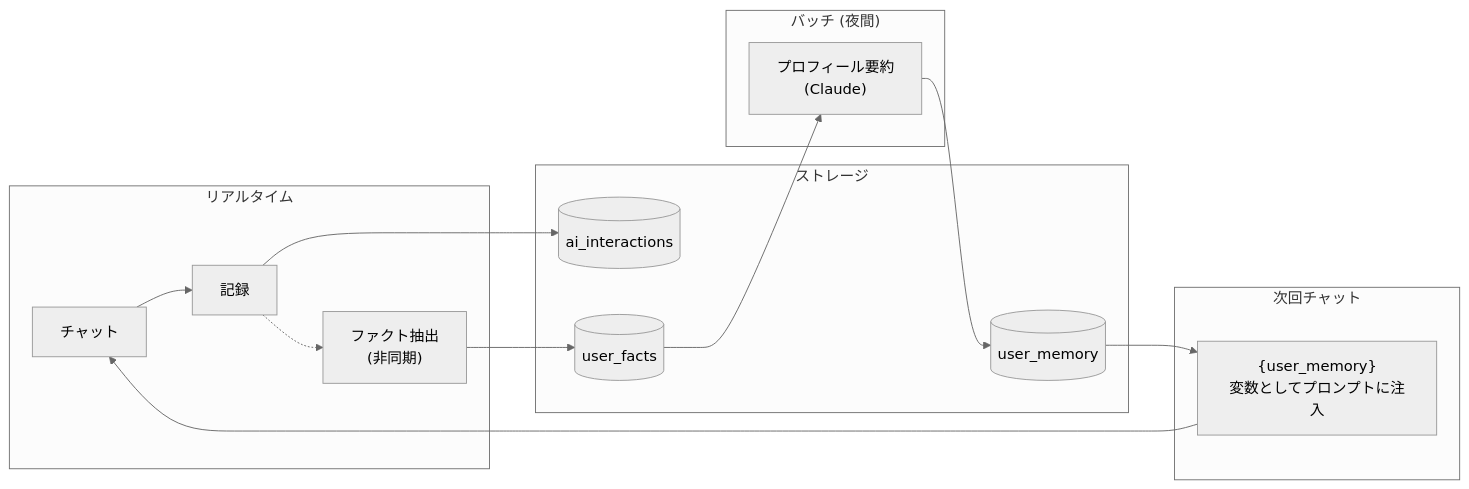
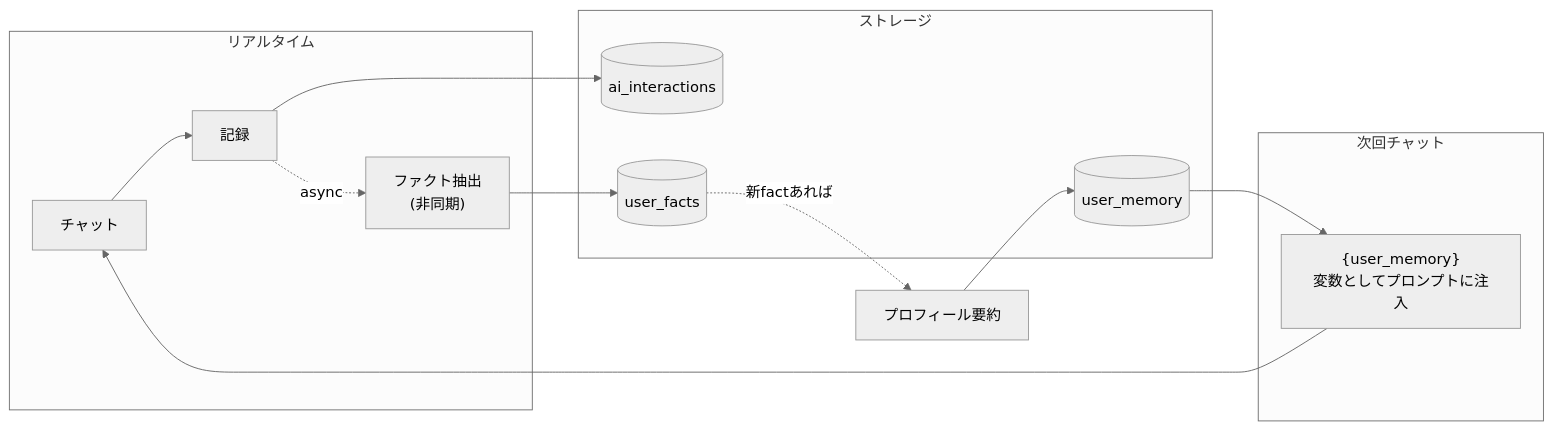
One commit to yu-min3/kensan changed diagram 15 of 16 in ARCHITECTURE.md. Above: the diagram before and after it, drawn with Mermaid (neutral theme). The commit also changed other lines of this file and 117 other files, not shown here.

````diff
--- a/ARCHITECTURE.md
+++ b/ARCHITECTURE.md
@@ -621,27 +635,23 @@
 ```mermaid
 flowchart LR
     subgraph "リアルタイム"
         Chat["チャット"]
         Log["記録"]
         Extract["ファクト抽出<br/>(非同期)"]
     end
 
     subgraph "ストレージ"
         Interactions[("ai_interactions")]
         Facts[("user_facts")]
         Memory[("user_memory")]
     end
 
-    subgraph "バッチ (夜間)"
-        Summarize["プロフィール要約<br/>(Claude)"]
-    end
-
     subgraph "次回チャット"
         Prompt["{user_memory}<br/>変数としてプロンプトに注入"]
     end
 
     Chat --> Log --> Interactions
-    Log -.-> Extract --> Facts
-    Facts --> Summarize --> Memory
+    Log -.->|async| Extract --> Facts
+    Facts -.->|新factあれば| Summarize["プロフィール要約"] --> Memory
     Memory --> Prompt --> Chat
 ```
````
